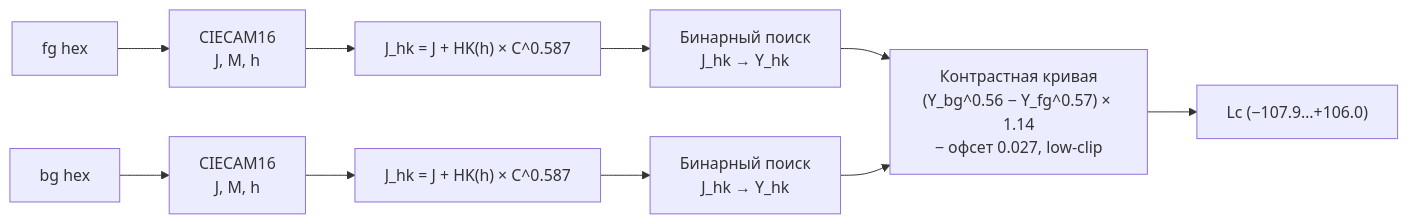
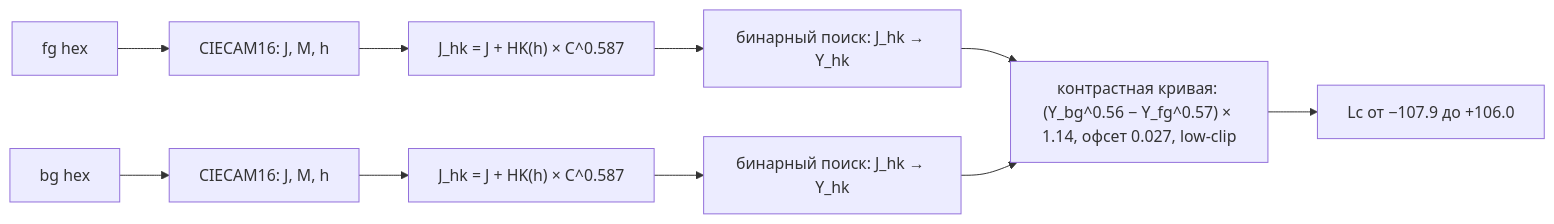
The third of 4 diagrams in README.md (Labpics-Team/lab-colors), drawn with Mermaid before and after one commit. The commit also changed other lines of this file, not shown here.

````diff
--- a/README.md
+++ b/README.md
@@ -124,12 +119,12 @@
 ```mermaid
 graph LR
-    FG["fg hex"] --> C16_1["CIECAM16\nJ, M, h"]
-    BG["bg hex"] --> C16_2["CIECAM16\nJ, M, h"]
-    C16_1 --> HK1["J_hk = J + HK(h) × C^0.587"]
-    C16_2 --> HK2["J_hk = J + HK(h) × C^0.587"]
-    HK1 --> BIN1["Бинарный поиск\nJ_hk → Y_hk"]
-    HK2 --> BIN2["Бинарный поиск\nJ_hk → Y_hk"]
-    BIN1 --> CURVE2["Контрастная кривая\n(Y_bg^0.56 − Y_fg^0.57) × 1.14\n− офсет 0.027, low-clip"]
+    FG["fg hex"] --> C16a["CIECAM16: J, M, h"]
+    BG["bg hex"] --> C16b["CIECAM16: J, M, h"]
+    C16a --> HK1["J_hk = J + HK(h) × C^0.587"]
+    C16b --> HK2["J_hk = J + HK(h) × C^0.587"]
+    HK1 --> BIN1["бинарный поиск: J_hk → Y_hk"]
+    HK2 --> BIN2["бинарный поиск: J_hk → Y_hk"]
+    BIN1 --> CURVE2["контрастная кривая: (Y_bg^0.56 − Y_fg^0.57) × 1.14, офсет 0.027, low-clip"]
     BIN2 --> CURVE2
-    CURVE2 --> Lc["Lc (−107.9…+106.0)"]
+    CURVE2 --> Lc["Lc от −107.9 до +106.0"]
 ```
````
